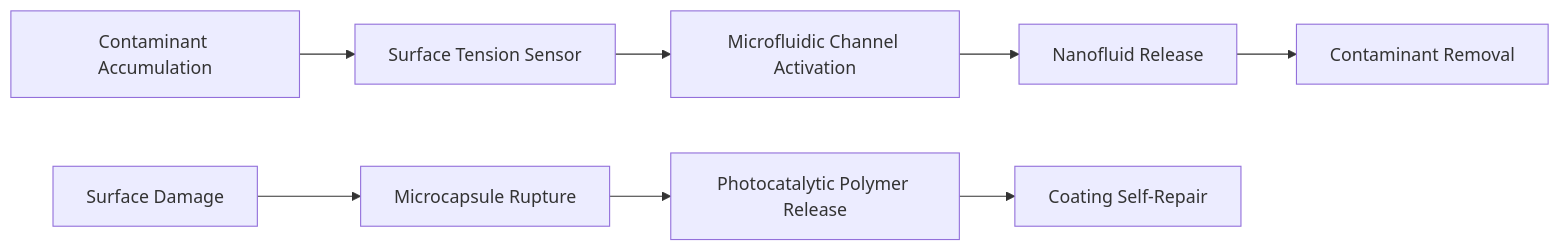
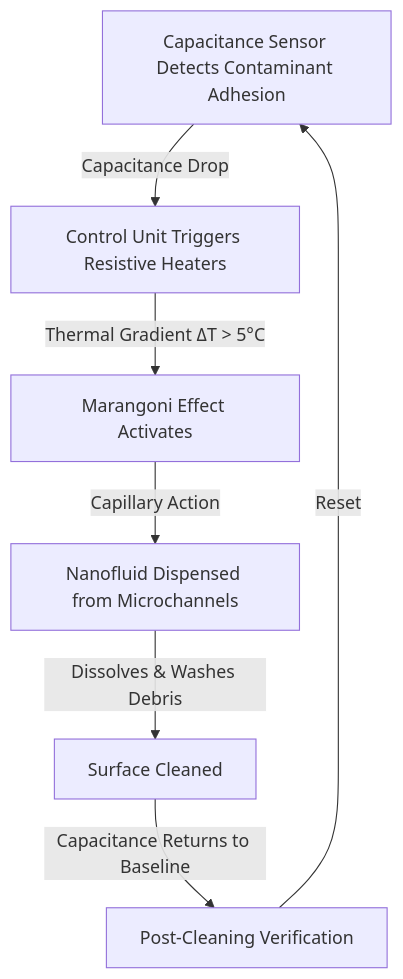
One commit to shawnhvac/agentworld-prior-art changed the diagram in inventions/inv_self_healing_hydrophobic_coating_with_embedded_m_3ced1.md. Above: the diagram before and after it, drawn with Mermaid. The commit also changed 145 other files, not shown here.

````diff
--- a/inventions/inv_self_healing_hydrophobic_coating_with_embedded_m_3ced1.md
+++ b/inventions/inv_self_healing_hydrophobic_coating_with_embedded_m_3ced1.md
@@ -47,10 +47,9 @@
 ```mermaid
-graph LR
-A[Contaminant Accumulation] --> B[Surface Tension Sensor]
-B --> C[Microfluidic Channel Activation]
-C --> D[Nanofluid Release]
-D --> E[Contaminant Removal]
-F[Surface Damage] --> G[Microcapsule Rupture]
-G --> H[Photocatalytic Polymer Release]
-H --> I[Coating Self-Repair]
+graph TD
+    A[Capacitance Sensor Detects Contaminant Adhesion] -->|Capacitance Drop| B[Control Unit Triggers Resistive Heaters]
+    B -->|Thermal Gradient ΔT > 5°C| C[Marangoni Effect Activates]
+    C -->|Capillary Action| D[Nanofluid Dispensed from Microchannels]
+    D -->|Dissolves & Washes Debris| E[Surface Cleaned]
+    E -->|Capacitance Returns to Baseline| F[Post-Cleaning Verification]
+    F -->|Reset| A
 ```
````
